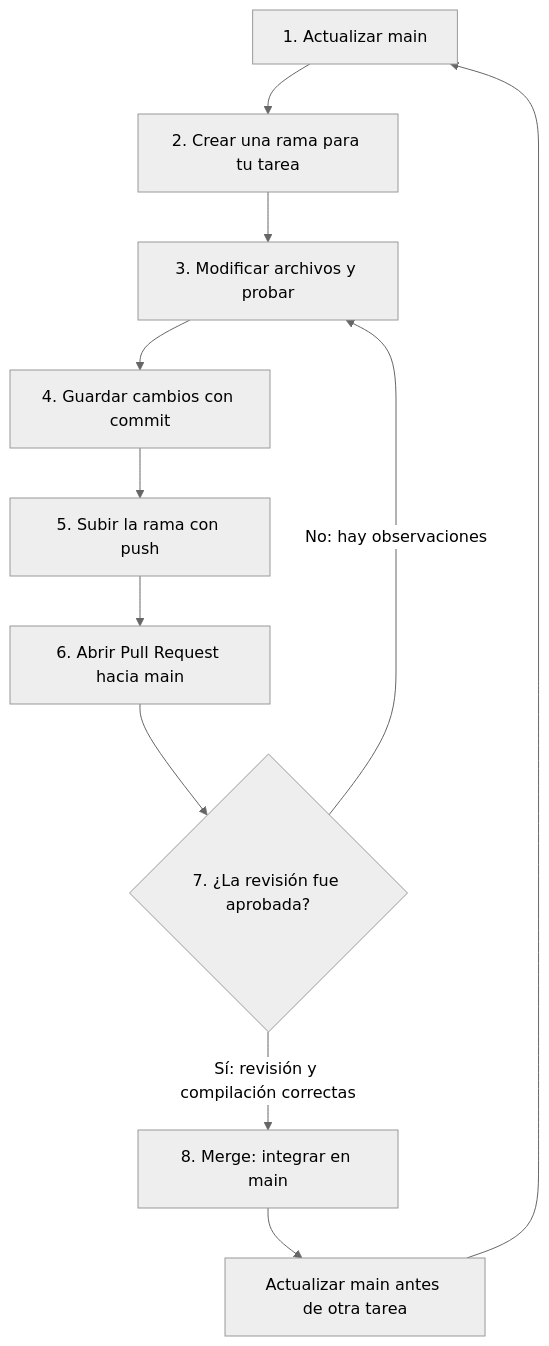
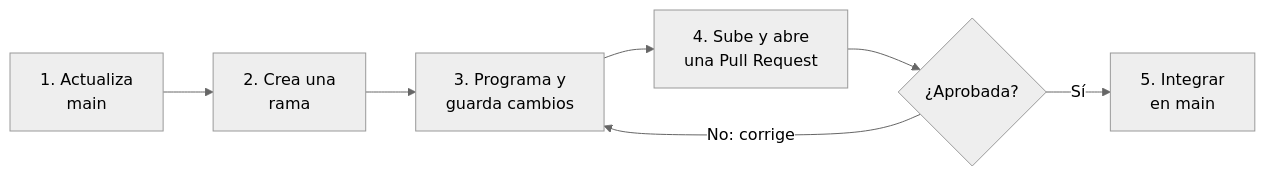
One commit to isaactorrenegra-coder/wattcontrol-panaderia-equipo4 changed the diagram in README.md. Above: the diagram before and after it, drawn with Mermaid (neutral theme). The commit also changed other lines of this file, not shown here.

````diff
--- a/README.md
+++ b/README.md
@@ -25,13 +34,9 @@
 ```mermaid
-flowchart TD
-    A["1. Actualizar main"] --> B["2. Crear una rama para tu tarea"]
-    B --> C["3. Modificar archivos y probar"]
-    C --> D["4. Guardar cambios con commit"]
-    D --> E["5. Subir la rama con push"]
-    E --> F["6. Abrir Pull Request hacia main"]
-    F --> G{"7. ¿La revisión fue aprobada?"}
-    G -- "No: hay observaciones" --> C
-    G -- "Sí: revisión y compilación correctas" --> H["8. Merge: integrar en main"]
-    H --> I["Actualizar main antes de otra tarea"]
-    I --> A
+flowchart LR
+    A["1. Actualiza<br/>main"] --> B["2. Crea una<br/>rama"]
+    B --> C["3. Programa y<br/>guarda cambios"]
+    C --> D["4. Sube y abre<br/>una Pull Request"]
+    D --> E{"¿Aprobada?"}
+    E -- "No: corrige" --> C
+    E -- "Sí" --> F["5. Integrar<br/>en main"]
 ```
````
